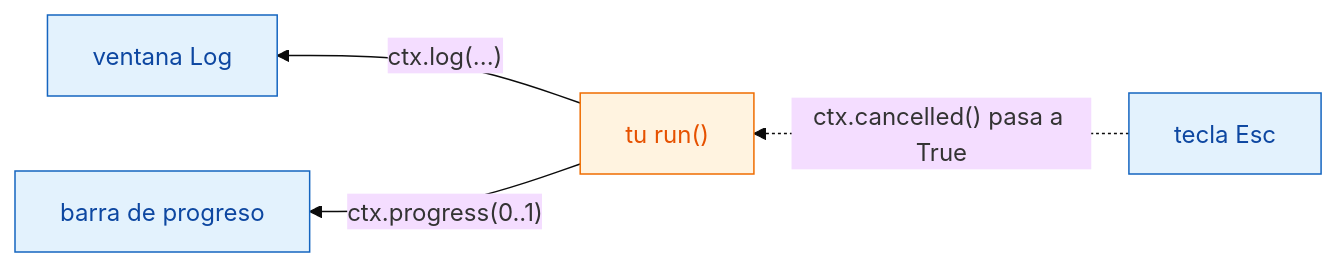
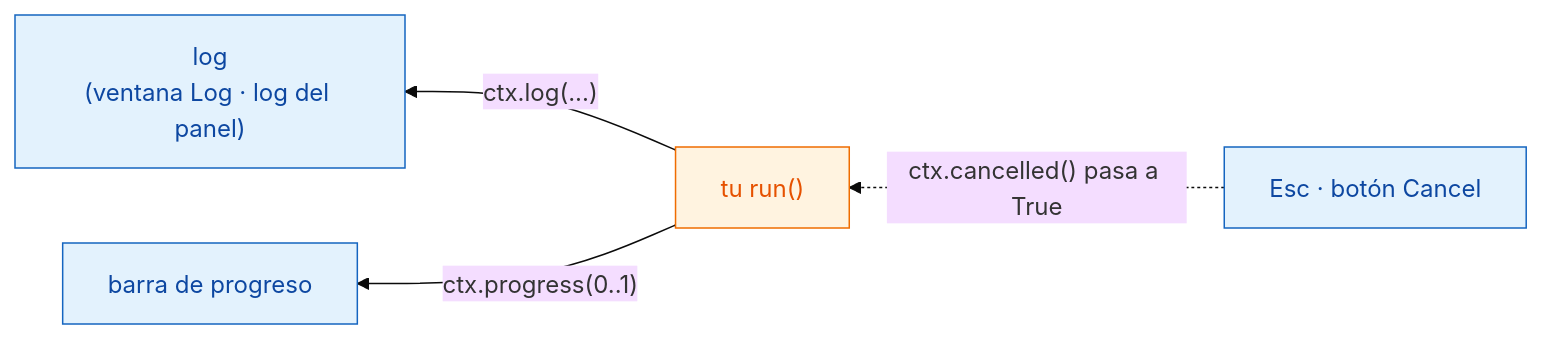
One commit to Oxford-Zeiss-Centre-of-Excellence/Wavu changed the diagram in guide/write/logs-progress-cancel.es.md. Above: the diagram before and after it, drawn with Mermaid (base theme). The commit also changed other lines of this file and 70 other files, not shown here.

````diff
--- a/guide/write/logs-progress-cancel.es.md
+++ b/guide/write/logs-progress-cancel.es.md
@@ -15,13 +25,13 @@
 ```mermaid
 flowchart RL
     S["tu run()"]:::script
-    L["ventana Log"]:::fiji
+    L["log<br/>(ventana Log · log del panel)"]:::fiji
     P["barra de progreso"]:::fiji
-    E["tecla Esc"]:::fiji
+    E["Esc · botón Cancel"]:::fiji
     S -- "ctx.log(...)" --> L
     S -- "ctx.progress(0..1)" --> P
     E -. "ctx.cancelled() pasa a True" .-> S
 
     classDef fiji   fill:#e3f2fd,stroke:#1565c0,color:#0d47a1
     classDef script fill:#fff3e0,stroke:#ef6c00,color:#e65100
 ```
````
